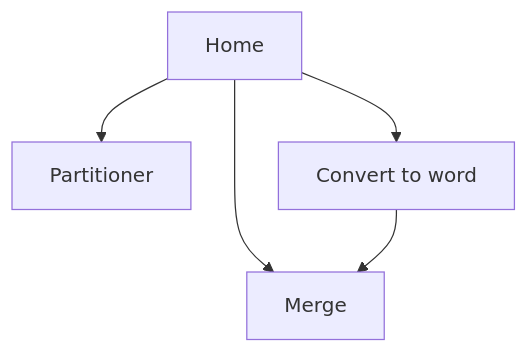
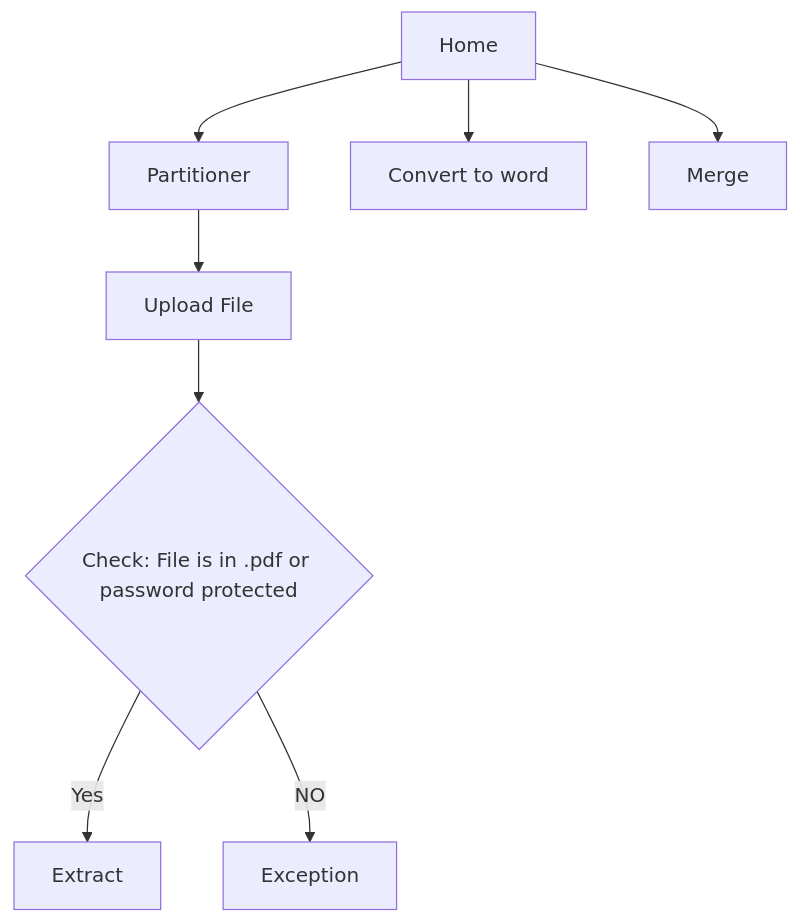
One commit to Bibhash7/PDF-Partitioner changed the diagram in README.md. Above: the diagram before and after it, drawn with Mermaid.

````diff
--- a/README.md
+++ b/README.md
@@ -15,7 +15,10 @@
 ``` mermaid
 graph TD;
-    A[Home]-->B[Partitioner];
-    A-->C[Convert to word];
-    A-->D[Merge];
-    C-->D;
+    A[Home]-->P[Partitioner];
+    A-->W[Convert to word];
+    A-->M[Merge];
+    P-->U[Upload File];
+    U-->CON{Check: File is in .pdf or password protected}
+    CON--Yes--> CVT[Extract]
+    CON--NO--> NCVT[Exception]
 ```
````
